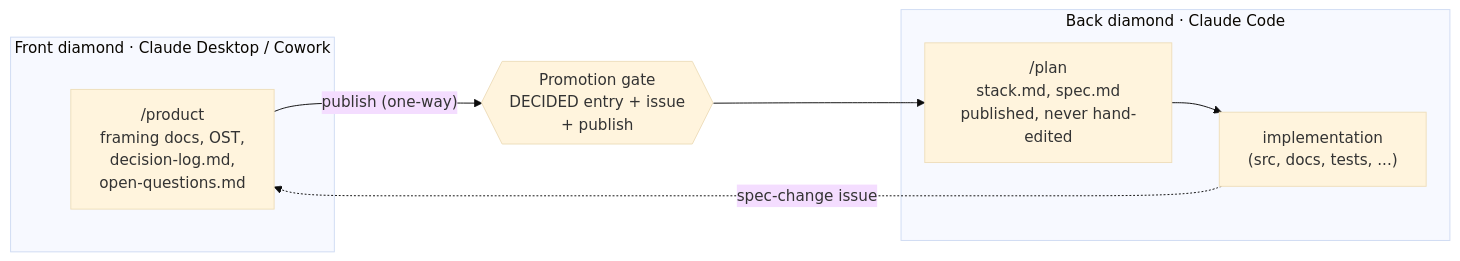
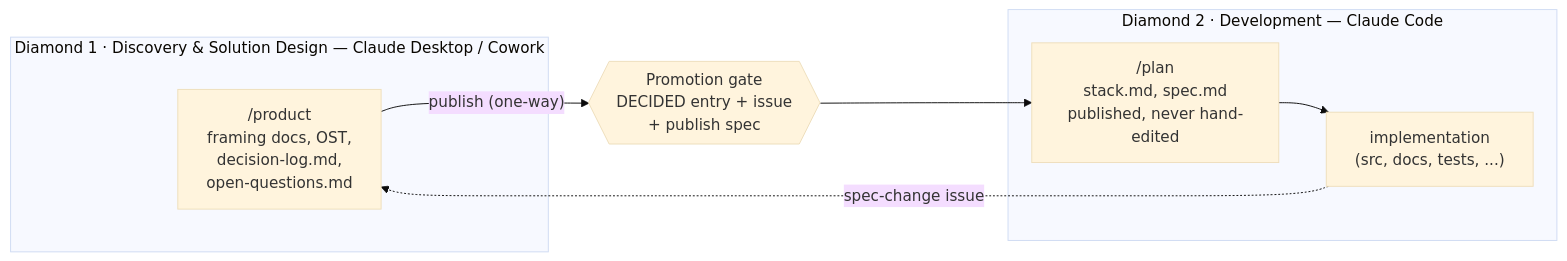
Before and after one commit to azevedo-home-lab/Claude_Diamonds: the diagram in docs/repo-contract.md, drawn with Mermaid (base theme). The commit also changed other lines of this file and 3 other files, not shown here.

````diff
--- a/docs/repo-contract.md
+++ b/docs/repo-contract.md
@@ -12,14 +14,14 @@
 ```mermaid
 flowchart LR
-  subgraph FRONT["Front diamond · Claude Desktop / Cowork"]
+  subgraph D1["Diamond 1 · Discovery & Solution Design — Claude Desktop / Cowork"]
     P["/product\nframing docs, OST,\ndecision-log.md,\nopen-questions.md"]
   end
-  GATE{{"Promotion gate\nDECIDED entry + issue\n+ publish"}}
-  subgraph BACK["Back diamond · Claude Code"]
+  GATE{{"Promotion gate\nDECIDED entry + issue\n+ publish spec"}}
+  subgraph D2["Diamond 2 · Development — Claude Code"]
     PL["/plan\nstack.md, spec.md\npublished, never hand-edited"]
     IMPL["implementation\n(src, docs, tests, ...)"]
   end
   P -- "publish (one-way)" --> GATE --> PL
   PL --> IMPL
   IMPL -. "spec-change issue" .-> P
 ```
````
